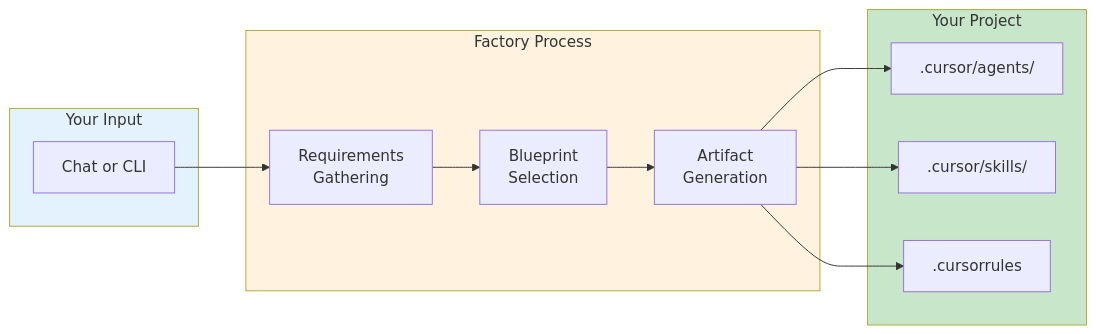
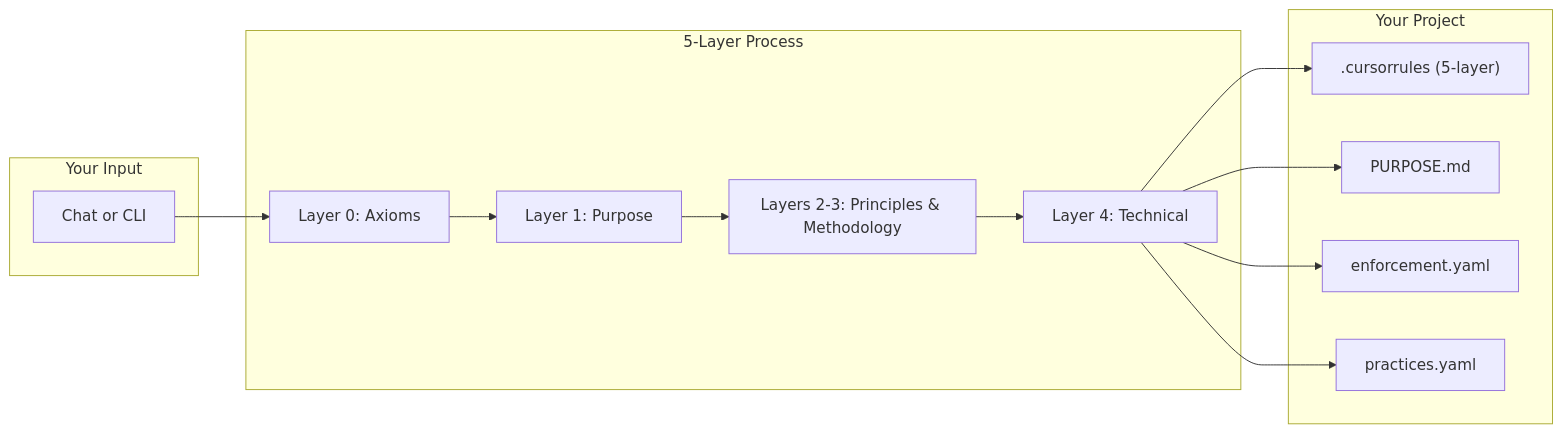
Before and after one commit to gitwalter/cursor-agent-factory: the first of 5 diagrams in docs/USAGE_GUIDE.md, drawn with Mermaid. The commit also changed other lines of this file and 47 other files, not shown here.

Commit message:
feat: Implement 5-layer architecture with axioms, principles, methodology, and AI patterns

````diff
--- a/docs/USAGE_GUIDE.md
+++ b/docs/USAGE_GUIDE.md
@@ -20,24 +57,22 @@
 ```mermaid
 flowchart LR
     subgraph Input["Your Input"]
         A["Chat or CLI"]
     end
     
-    subgraph Process["Factory Process"]
-        B["Requirements<br/>Gathering"]
-        C["Blueprint<br/>Selection"]
-        D["Artifact<br/>Generation"]
+    subgraph Layers["5-Layer Process"]
+        L0["Layer 0: Axioms"]
+        L1["Layer 1: Purpose"]
+        L23["Layers 2-3: Principles & Methodology"]
+        L4["Layer 4: Technical"]
     end
     
     subgraph Output["Your Project"]
-        E[".cursor/agents/"]
-        F[".cursor/skills/"]
-        G[".cursorrules"]
+        E[".cursorrules (5-layer)"]
+        F["PURPOSE.md"]
+        G["enforcement.yaml"]
+        H["practices.yaml"]
     end
     
-    A --> B --> C --> D --> E & F & G
-    
-    style Input fill:#e3f2fd
-    style Process fill:#fff3e0
-    style Output fill:#c8e6c9
+    A --> L0 --> L1 --> L23 --> L4 --> E & F & G & H
 ```
````
